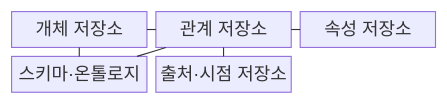
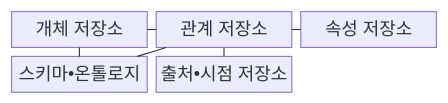
The first of 2 diagrams in src/content/docs/notes/08-latest-tech/079_knowledge_graph.md (agnusdei1207/knowledge-base), drawn with Mermaid before and after one commit. The commit also changed other lines of this file and 953 other files, not shown here.

````diff
--- a/src/content/docs/notes/08-latest-tech/079_knowledge_graph.md
+++ b/src/content/docs/notes/08-latest-tech/079_knowledge_graph.md
@@ -69,14 +69,14 @@
 ```mermaid
 block-beta
   columns 3
   entity["개체 저장소"]
   relation["관계 저장소"]
   property["속성 저장소"]
-  schema["스키마·온톨로지"]
-  provenance["출처·시점 저장소"]
+  schema["스키마•온톨로지"]
+  provenance["출처•시점 저장소"]
   entity --- relation
   relation --- property
   schema --- entity
   schema --- relation
   provenance --- relation
 ```
````
